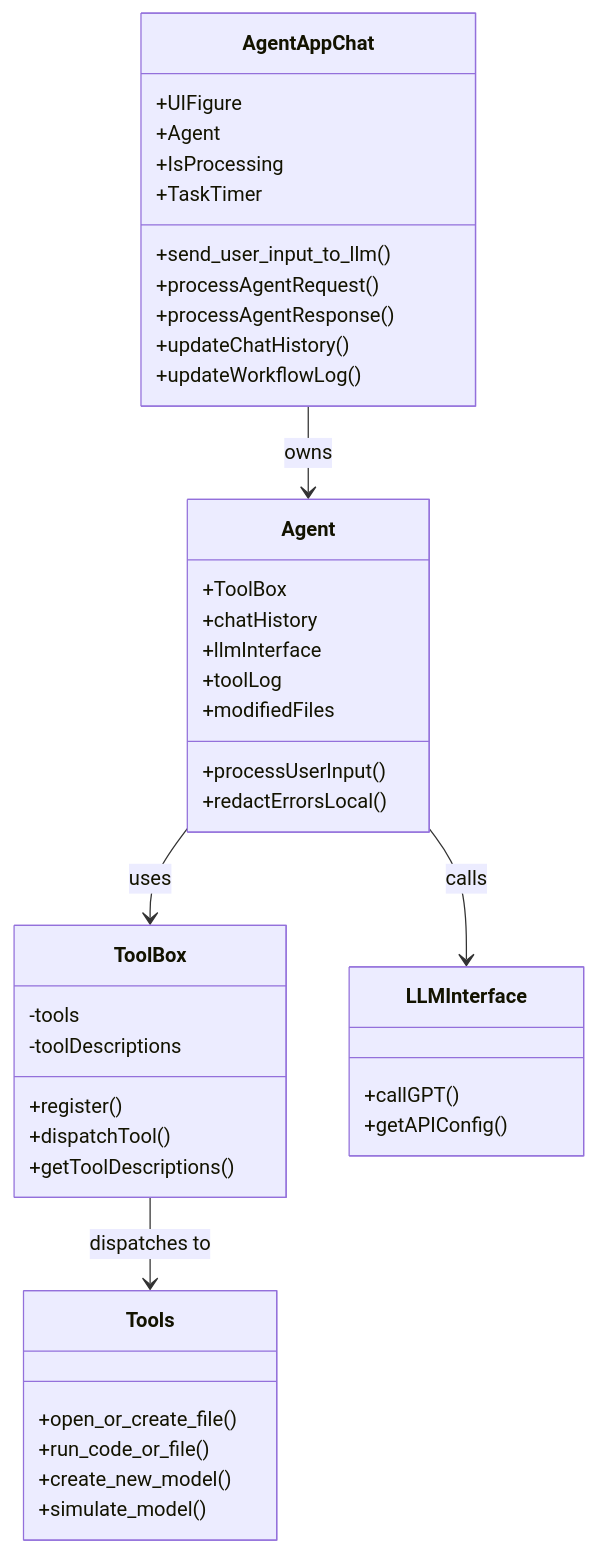
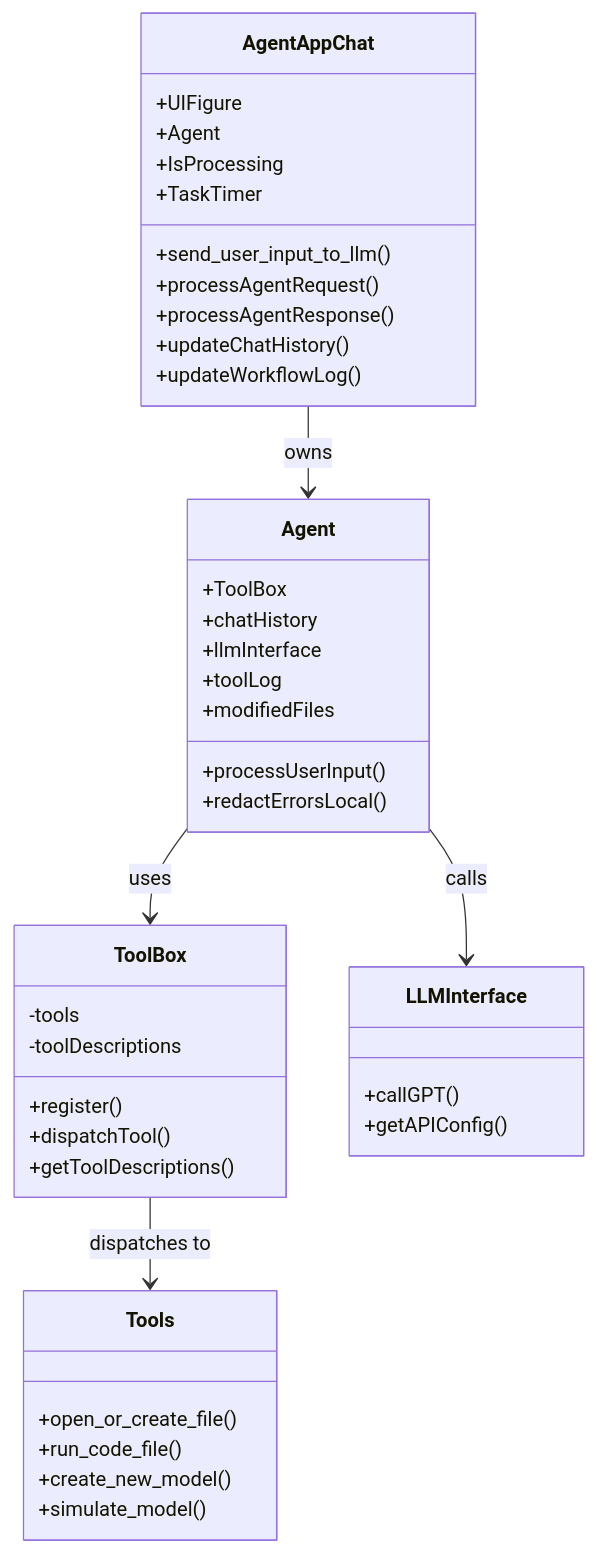
Before and after one commit to dennis-kachila/Orion-Agent: the third of 6 diagrams in Instructions.md, drawn with Mermaid. The commit also changed other lines of this file and 9 other files, not shown here.

Commit message:
Refactor run_code_or_file tool to run_code_file and update related references throughout the codebase

````diff
--- a/Instructions.md
+++ b/Instructions.md
@@ -242,49 +242,49 @@
 ```mermaid
 classDiagram
     class AgentAppChat {
         +UIFigure
         +Agent
         +IsProcessing
         +TaskTimer
         +send_user_input_to_llm()
         +processAgentRequest()
         +processAgentResponse()
         +updateChatHistory()
         +updateWorkflowLog()
     }
     
     class Agent {
         +ToolBox
         +chatHistory
         +llmInterface
         +toolLog
         +modifiedFiles
         +processUserInput()
         +redactErrorsLocal()
     }
     
     class ToolBox {
         -tools
         -toolDescriptions
         +register()
         +dispatchTool()
         +getToolDescriptions()
     }
     
     class LLMInterface {
         +callGPT()
         +getAPIConfig()
     }
     
     class Tools {
         +open_or_create_file()
-        +run_code_or_file()
+        +run_code_file()
         +create_new_model()
         +simulate_model()
     }
     
     AgentAppChat --> Agent : owns
     Agent --> ToolBox : uses
     Agent --> LLMInterface : calls
     ToolBox --> Tools : dispatches to
 ```
````
